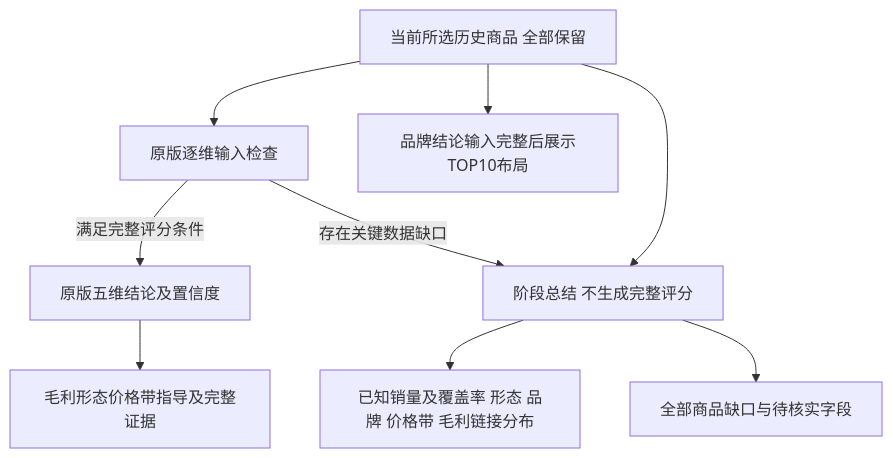
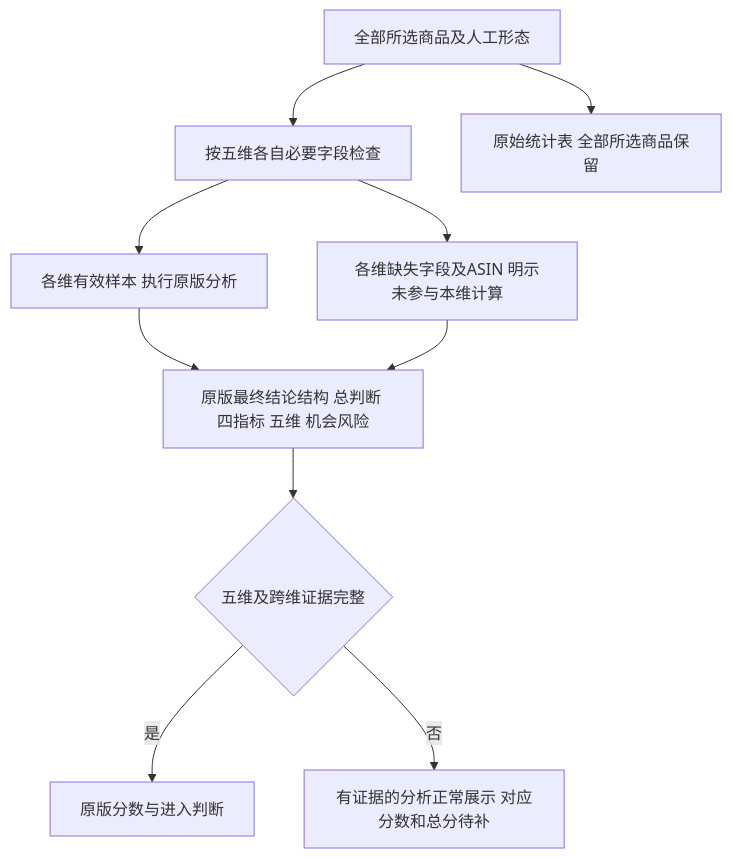
One commit to chenzhe-dream/amazon-insights changed the third of 3 diagrams in docs/market-research/market-business-flow-20261015.md. Above: the diagram before and after it, drawn with Mermaid. The commit also changed other lines of this file and 13 other files, not shown here.

````diff
--- a/docs/market-research/market-business-flow-20261015.md
+++ b/docs/market-research/market-business-flow-20261015.md
@@ -108,11 +108,12 @@
 ```mermaid
 flowchart TD
-  A[当前所选历史商品 全部保留] --> B[原版逐维输入检查]
-  B -->|满足完整评分条件| C[原版五维结论及置信度]
-  B -->|存在关键数据缺口| D[阶段总结 不生成完整评分]
-  A --> D
-  D --> E[已知销量及覆盖率 形态 品牌 价格带 毛利链接分布]
-  D --> F[全部商品缺口与待核实字段]
-  C --> G[毛利形态价格带指导及完整证据]
-  A --> H[品牌结论输入完整后展示TOP10布局]
+  A[全部所选商品及人工形态] --> B[按五维各自必要字段检查]
+  B --> C[各维有效样本 执行原版分析]
+  B --> D[各维缺失字段及ASIN 明示未参与本维计算]
+  C --> E[原版最终结论结构 总判断 四指标 五维 机会风险]
+  D --> E
+  E --> F{五维及跨维证据完整}
+  F -->|是| G[原版分数与进入判断]
+  F -->|否| H[有证据的分析正常展示 对应分数和总分待补]
+  A --> I[原始统计表 全部所选商品保留]
 ```
````
